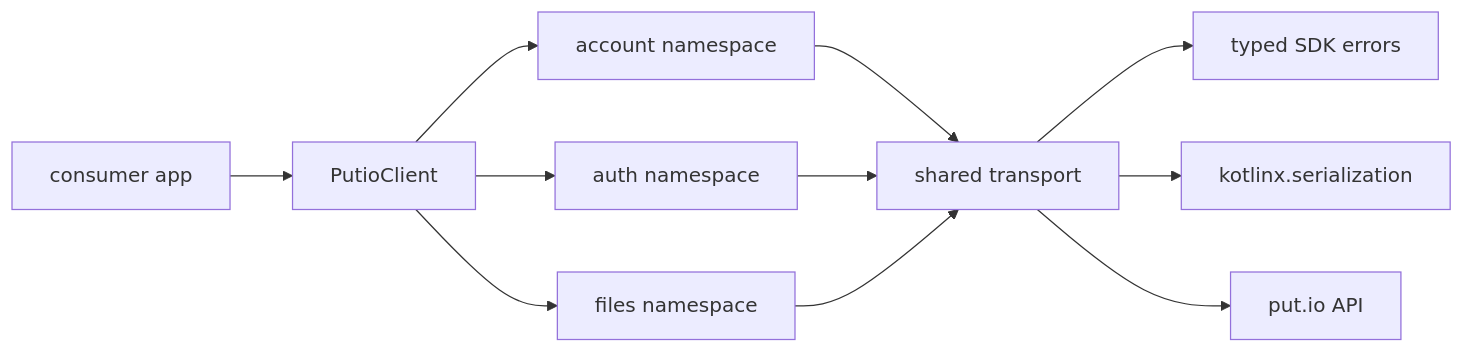
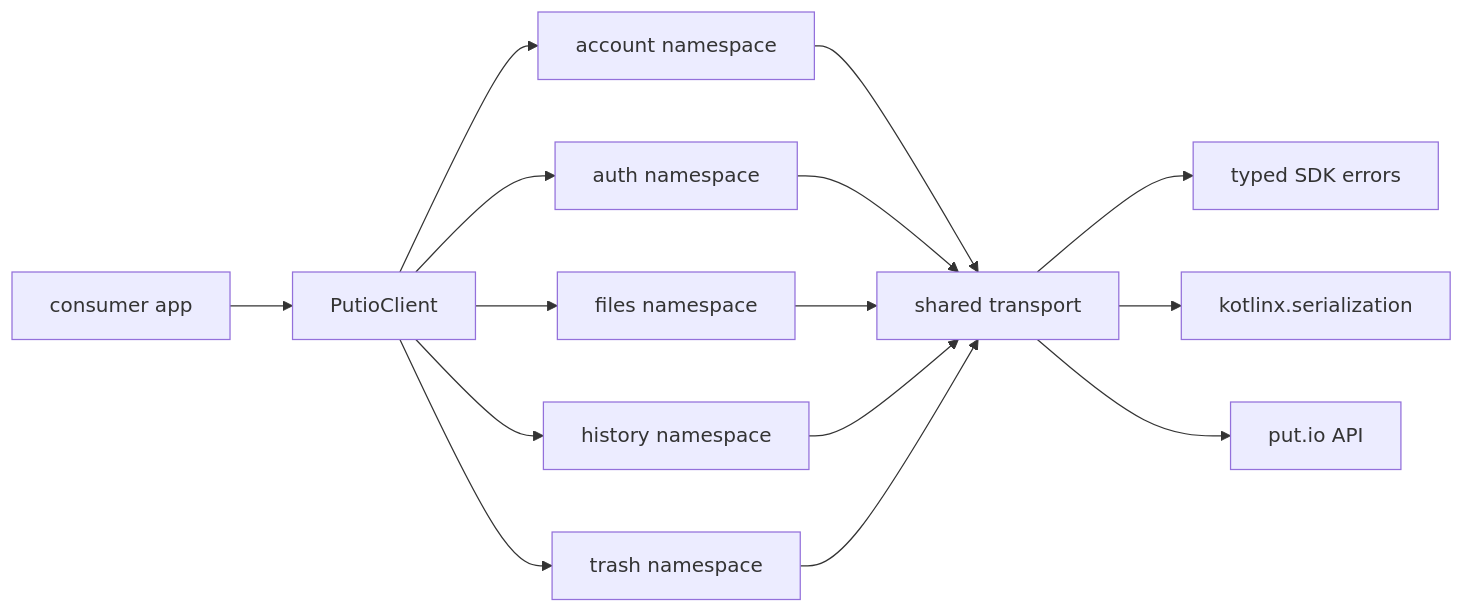
One commit to putdotio/putio-sdk-kotlin changed the diagram in docs/ARCHITECTURE.md. Above: the diagram before and after it, drawn with Mermaid. The commit also changed other lines of this file and 17 other files, not shown here.

````diff
--- a/docs/ARCHITECTURE.md
+++ b/docs/ARCHITECTURE.md
@@ -9,13 +9,17 @@
 ```mermaid
 graph LR
   Consumer["consumer app"] --> Client["PutioClient"]
   Client --> Account["account namespace"]
   Client --> Auth["auth namespace"]
   Client --> Files["files namespace"]
+  Client --> History["history namespace"]
+  Client --> Trash["trash namespace"]
   Account --> Transport["shared transport"]
   Auth --> Transport
   Files --> Transport
+  History --> Transport
+  Trash --> Transport
   Transport --> Errors["typed SDK errors"]
   Transport --> Json["kotlinx.serialization"]
   Transport --> API["put.io API"]
 ```
````
